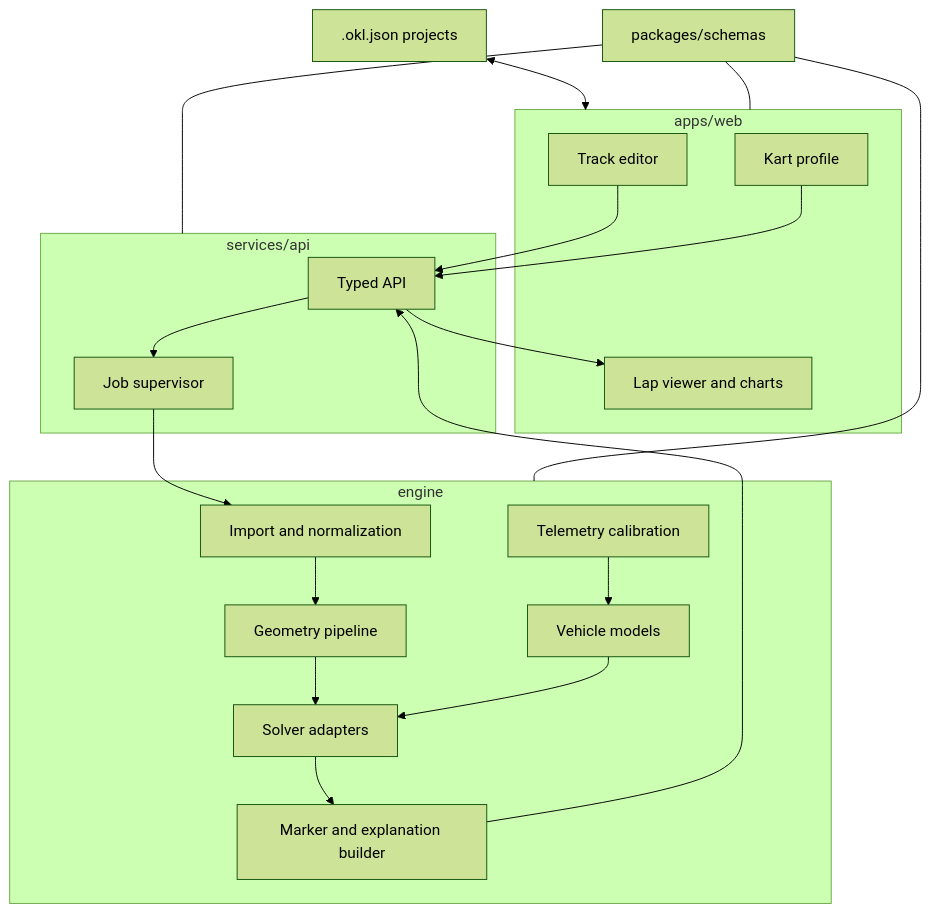
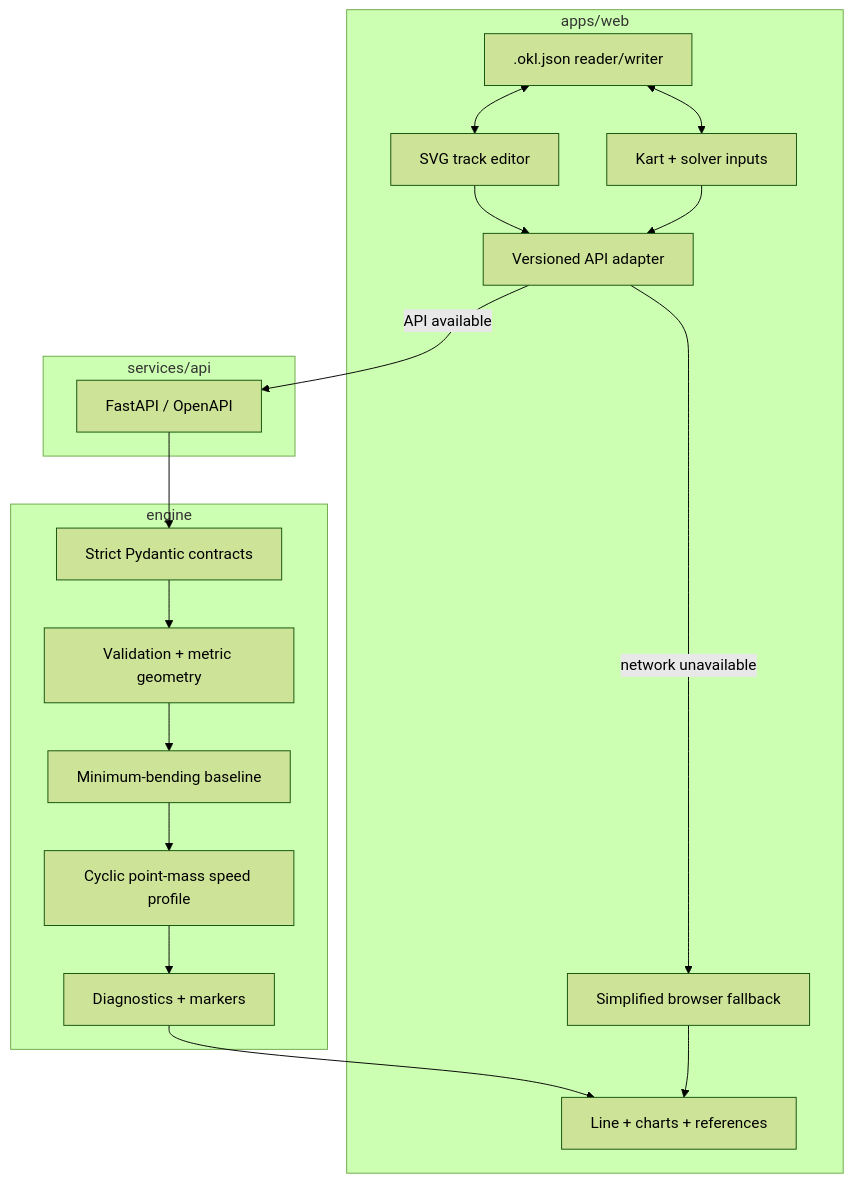
Before and after one commit to Navesz/openkartline: the diagram in docs/ARCHITECTURE.md, drawn with Mermaid (forest theme). The commit also changed other lines of this file and 117 other files, not shown here.

First line of the commit message:
feat: ship the first runnable OpenKartLine alpha (#16)

````diff
--- a/docs/ARCHITECTURE.md
+++ b/docs/ARCHITECTURE.md
@@ -13,38 +16,33 @@
 ```mermaid
 flowchart TB
-    subgraph Client["apps/web"]
-      Editor["Track editor"]
-      KartForm["Kart profile"]
-      Viewer["Lap viewer and charts"]
+    subgraph Web["apps/web"]
+      Editor["SVG track editor"]
+      Form["Kart + solver inputs"]
+      Adapter["Versioned API adapter"]
+      BrowserSolver["Simplified browser fallback"]
+      Viewer["Line + charts + references"]
+      Project[".okl.json reader/writer"]
     end
-    subgraph Service["services/api"]
-      HTTP["Typed API"]
-      Jobs["Job supervisor"]
+
+    subgraph API["services/api"]
+      HTTP["FastAPI / OpenAPI"]
     end
+
     subgraph Core["engine"]
-      Import["Import and normalization"]
-      Geometry["Geometry pipeline"]
-      Models["Vehicle models"]
-      Solvers["Solver adapters"]
-      Explain["Marker and explanation builder"]
-      Calibrate["Telemetry calibration"]
+      Contract["Strict Pydantic contracts"]
+      Geometry["Validation + metric geometry"]
+      Path["Minimum-bending baseline"]
+      Physics["Cyclic point-mass speed profile"]
+      Explain["Diagnostics + markers"]
     end
-    Schema["packages/schemas"]
-    Files[".okl.json projects"]
 
-    Editor --> HTTP
-    KartForm --> HTTP
-    HTTP --> Jobs
-    Jobs --> Import
-    Import --> Geometry
-    Geometry --> Solvers
-    Models --> Solvers
-    Solvers --> Explain
-    Calibrate --> Models
-    Explain --> HTTP
-    HTTP --> Viewer
-    Files <--> Client
-    Schema --- Client
-    Schema --- Service
-    Schema --- Core
+    Editor --> Adapter
+    Form --> Adapter
+    Adapter -->|API available| HTTP
+    Adapter -->|network unavailable| BrowserSolver
+    HTTP --> Contract --> Geometry --> Path --> Physics --> Explain
+    Explain --> Viewer
+    BrowserSolver --> Viewer
+    Project <--> Editor
+    Project <--> Form
 ```
````
